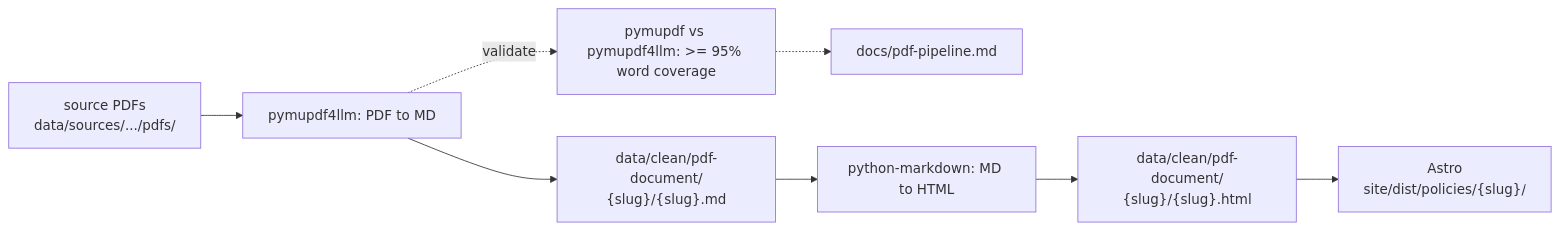
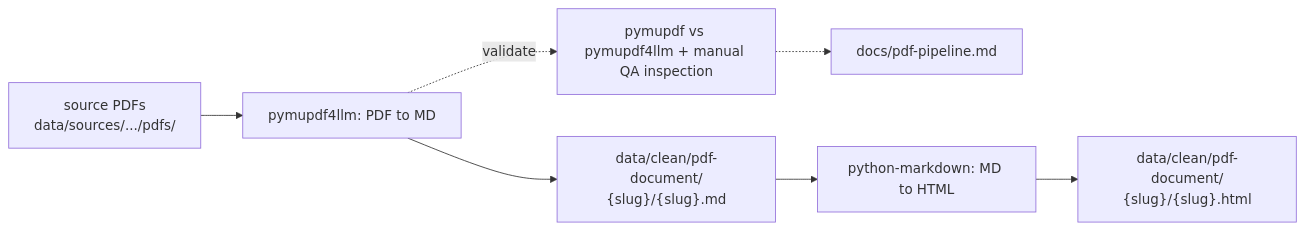
The diagram in docs/pdf-extraction.md (mcwalrus/oppertunity-party), drawn with Mermaid before and after one commit. The commit also changed other lines of this file and 1 other file, not shown here.

````diff
--- a/docs/pdf-extraction.md
+++ b/docs/pdf-extraction.md
@@ -5,10 +7,9 @@
 ```mermaid
 flowchart LR
     pdf[source PDFs<br/>data/sources/.../pdfs/] --> extract["pymupdf4llm: PDF to MD"]
     extract --> clean["data/clean/pdf-document/<br/>{slug}/{slug}.md"]
-    extract -.->|validate| check["pymupdf vs pymupdf4llm: >= 95% word coverage"]
+    extract -.->|validate| check["pymupdf vs pymupdf4llm + manual QA inspection"]
     check -.-> report[docs/pdf-pipeline.md]
     clean --> render["python-markdown: MD to HTML"]
     render --> html["data/clean/pdf-document/<br/>{slug}/{slug}.html"]
-    html --> build["Astro<br/>site/dist/policies/{slug}/"]
 ```
````
